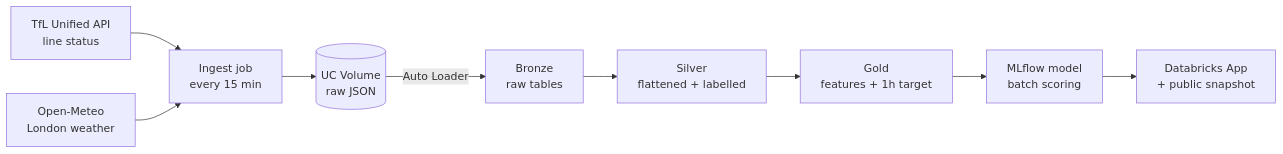
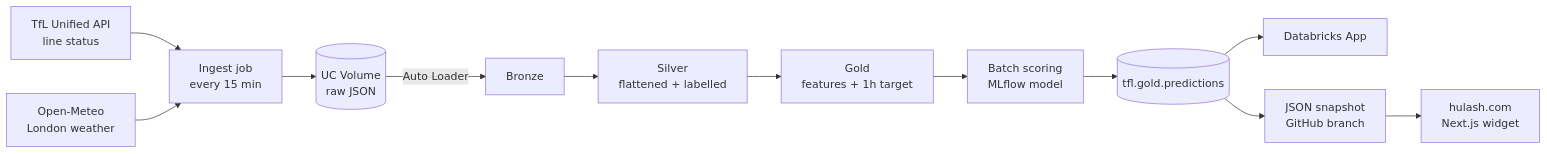
Before and after one commit to hulashc/tfl-delay-predictor: the diagram in README.md, drawn with Mermaid. The commit also changed other lines of this file and 6 other files, not shown here.

Commit message:
Add scoring, public snapshot export, app redesign, web widget and full README

````diff
--- a/README.md
+++ b/README.md
@@ -9,11 +9,14 @@
 ```mermaid
 flowchart LR
     A[TfL Unified API<br/>line status] --> C
     B[Open-Meteo<br/>London weather] --> C
     C[Ingest job<br/>every 15 min] --> D[(UC Volume<br/>raw JSON)]
-    D -->|Auto Loader| E[Bronze<br/>raw tables]
+    D -->|Auto Loader| E[Bronze]
     E --> F[Silver<br/>flattened + labelled]
     F --> G[Gold<br/>features + 1h target]
-    G --> H[MLflow model<br/>batch scoring]
-    H --> I[Databricks App<br/>+ public snapshot]
+    G --> H[Batch scoring<br/>MLflow model]
+    H --> I[(tfl.gold.predictions)]
+    I --> J[Databricks App]
+    I --> K[JSON snapshot<br/>GitHub branch]
+    K --> L[hulash.com<br/>Next.js widget]
 ```
````
